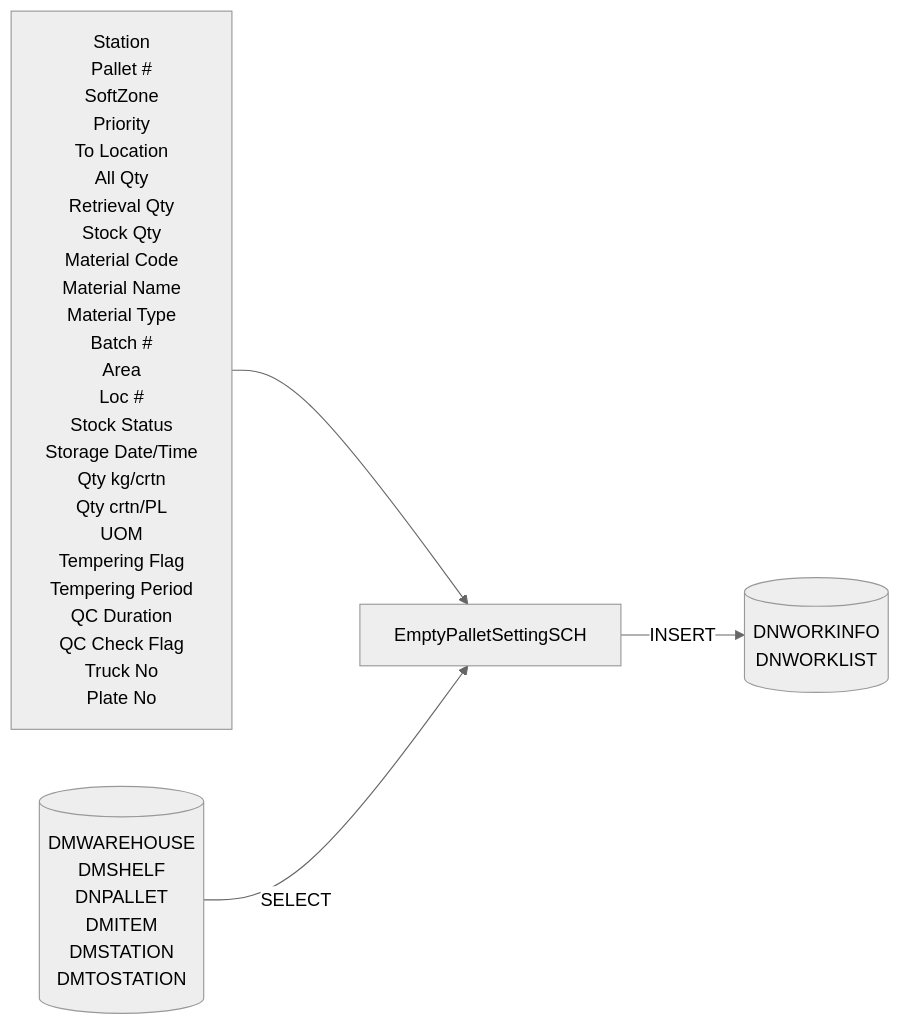
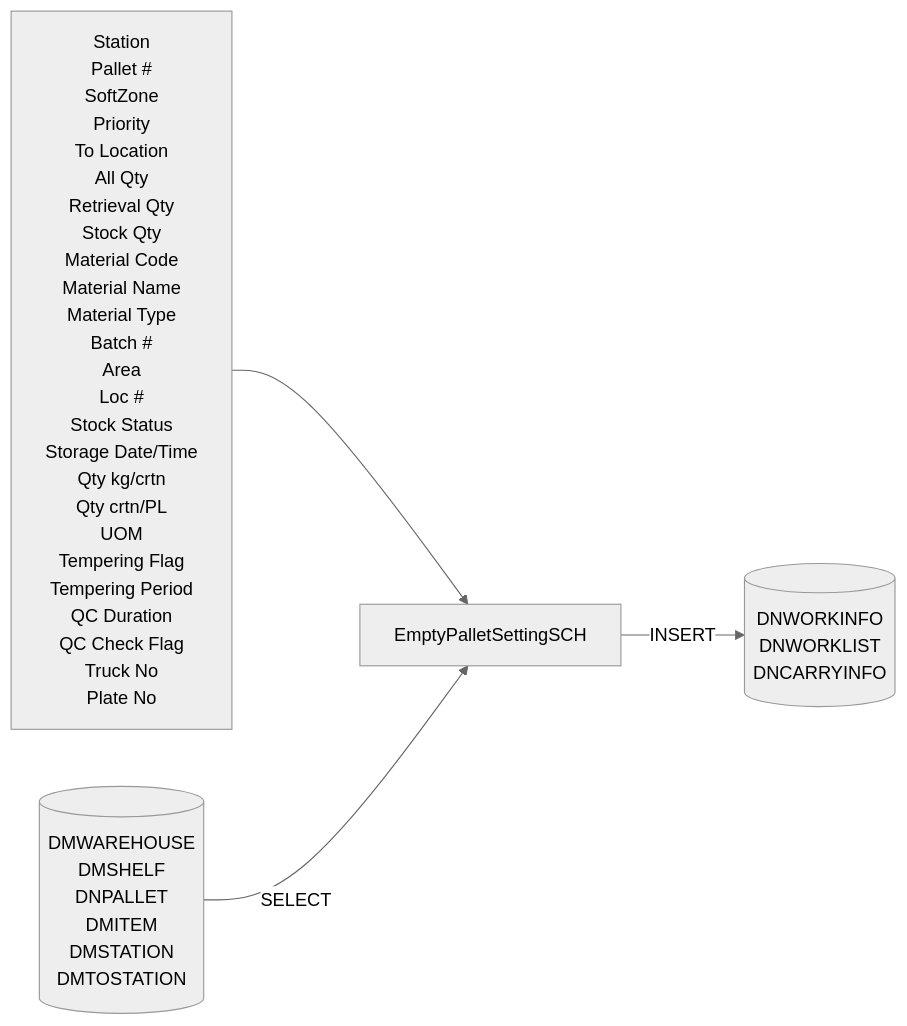
One commit to luthfiadityaa/SimeDarby-Wiki changed the second of 9 diagrams in Basic-Design/DFD-WMS/Retrieval/Unplanned-Retrieval-from-OP-Area-(PKG).md. Above: the diagram before and after it, drawn with Mermaid (neutral theme). The commit also changed other lines of this file, not shown here.

Commit message:
Updated Unplanned Retrieval from OP Area (PKG)

```diff
--- a/Basic-Design/DFD-WMS/Retrieval/Unplanned-Retrieval-from-OP-Area-(PKG).md
+++ b/Basic-Design/DFD-WMS/Retrieval/Unplanned-Retrieval-from-OP-Area-(PKG).md
@@ -64,50 +64,51 @@
 ::: mermaid
 flowchart LR
 input[
 Station
 Pallet #
 SoftZone
 Priority
 To Location
 All Qty
 Retrieval Qty
 Stock Qty
 Material Code
 Material Name
 Material Type
 Batch #
 Area
 Loc #
 Stock Status
 Storage Date/Time
 Qty kg/crtn
 Qty crtn/PL
 UOM
 Tempering Flag
 Tempering Period
 QC Duration
 QC Check Flag
 Truck No
 Plate No
 ]
 
 tableList-insert[("
 DNWORKINFO
 DNWORKLIST
+DNCARRYINFO
 ")]
 
 tableList-select[("
 DMWAREHOUSE
 DMSHELF
 DNPALLET
 DMITEM
 DMSTATION
 DMTOSTATION
 ")]
 
 
 className[EmptyPalletSettingSCH]
 
 input --> className --> |INSERT| tableList-insert
 tableList-select --> |SELECT| className
 :::
```
